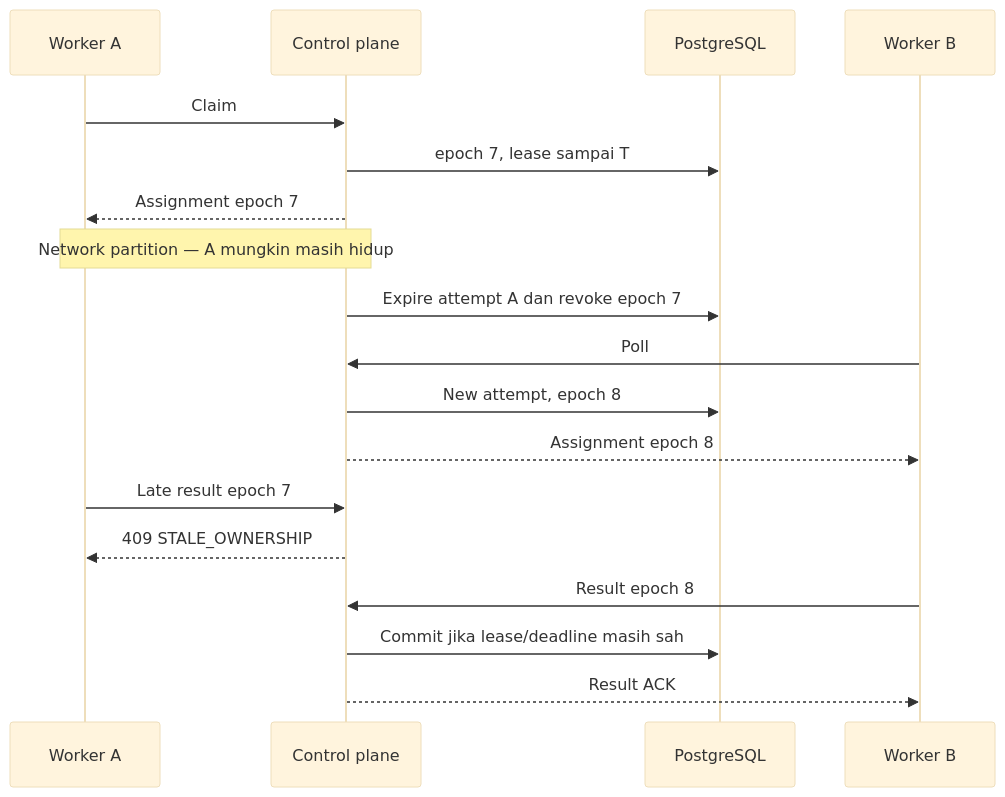
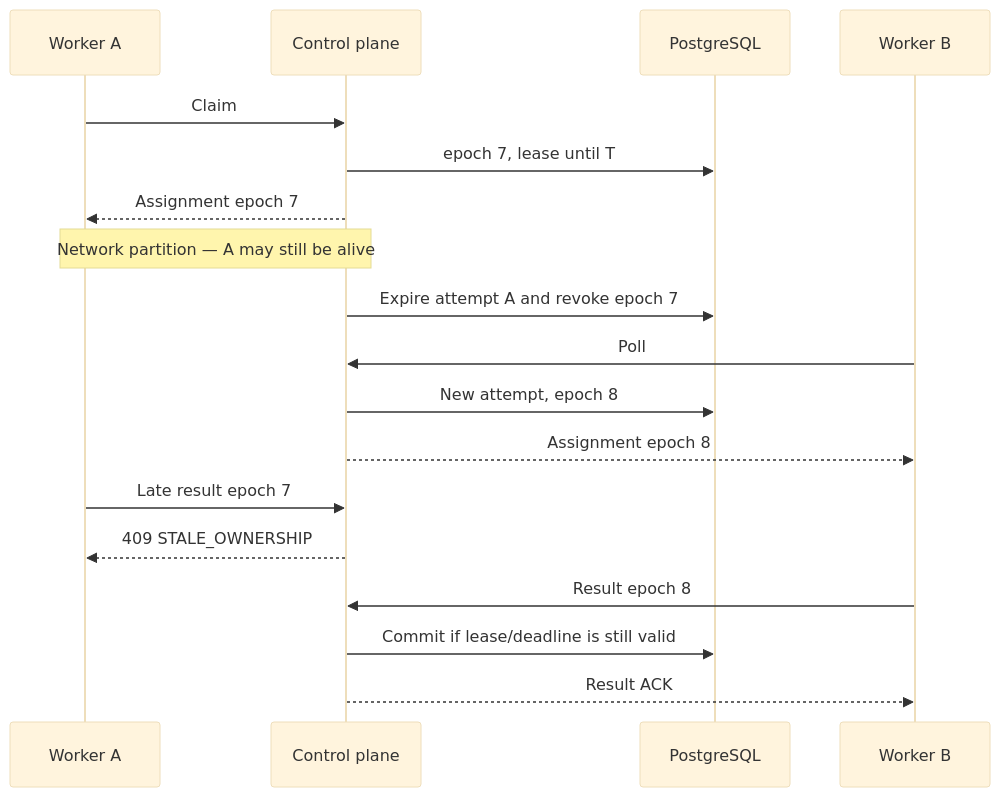
The fourth of 10 diagrams in raw_idea_plan.md (Ryanakml/Deadbolt), drawn with Mermaid (base theme) before and after one commit. The commit also changed other lines of this file and 1 other file, not shown here.

````diff
--- a/raw_idea_plan.md
+++ b/raw_idea_plan.md
@@ -508,20 +542,20 @@
 ```mermaid
 sequenceDiagram
     participant A as Worker A
     participant CP as Control plane
     participant DB as PostgreSQL
     participant B as Worker B
     A->>CP: Claim
-    CP->>DB: epoch 7, lease sampai T
+    CP->>DB: epoch 7, lease until T
     CP-->>A: Assignment epoch 7
-    Note over A,CP: Network partition — A mungkin masih hidup
-    CP->>DB: Expire attempt A dan revoke epoch 7
+    Note over A,CP: Network partition — A may still be alive
+    CP->>DB: Expire attempt A and revoke epoch 7
     B->>CP: Poll
     CP->>DB: New attempt, epoch 8
     CP-->>B: Assignment epoch 8
     A->>CP: Late result epoch 7
     CP-->>A: 409 STALE_OWNERSHIP
     B->>CP: Result epoch 8
-    CP->>DB: Commit jika lease/deadline masih sah
+    CP->>DB: Commit if lease/deadline is still valid
     CP-->>B: Result ACK
 ```
````
